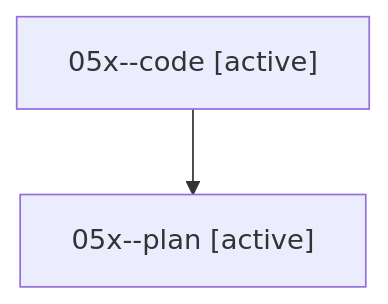
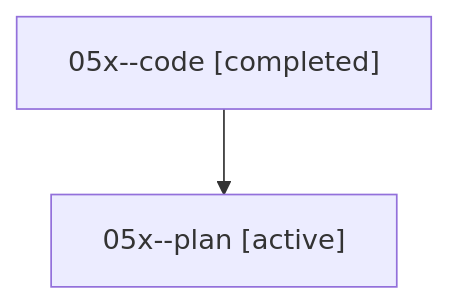
Before and after one commit to sase-org/sase--agents: the diagram in families/bbugyi200.athena.05x.md, drawn with Mermaid. The commit also changed other lines of this file and 35830 other files, not shown here.

````diff
--- a/families/bbugyi200.athena.05x.md
+++ b/families/bbugyi200.athena.05x.md
@@ -9,6 +9,6 @@
 ```mermaid
 flowchart TD
-  n0["05x--code [active]"]
+  n0["05x--code [completed]"]
   n1["05x--plan [active]"]
   n0 --> n1
 ```
````
